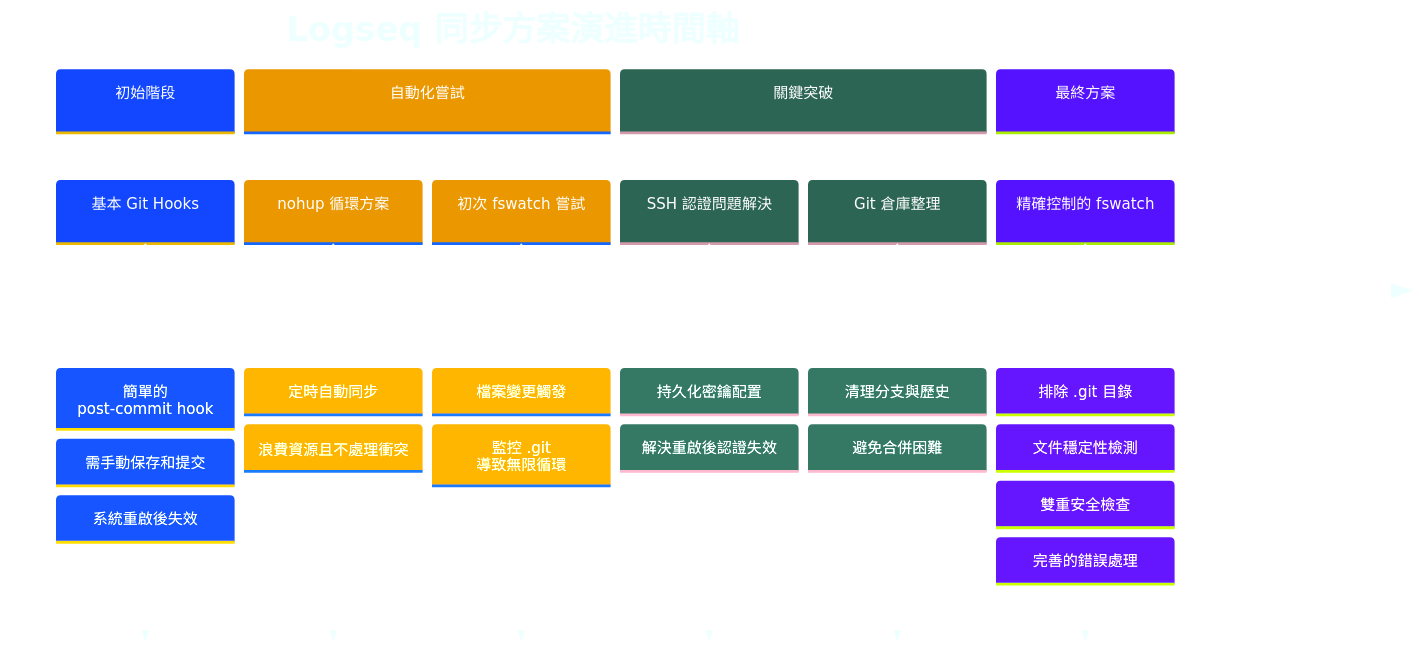
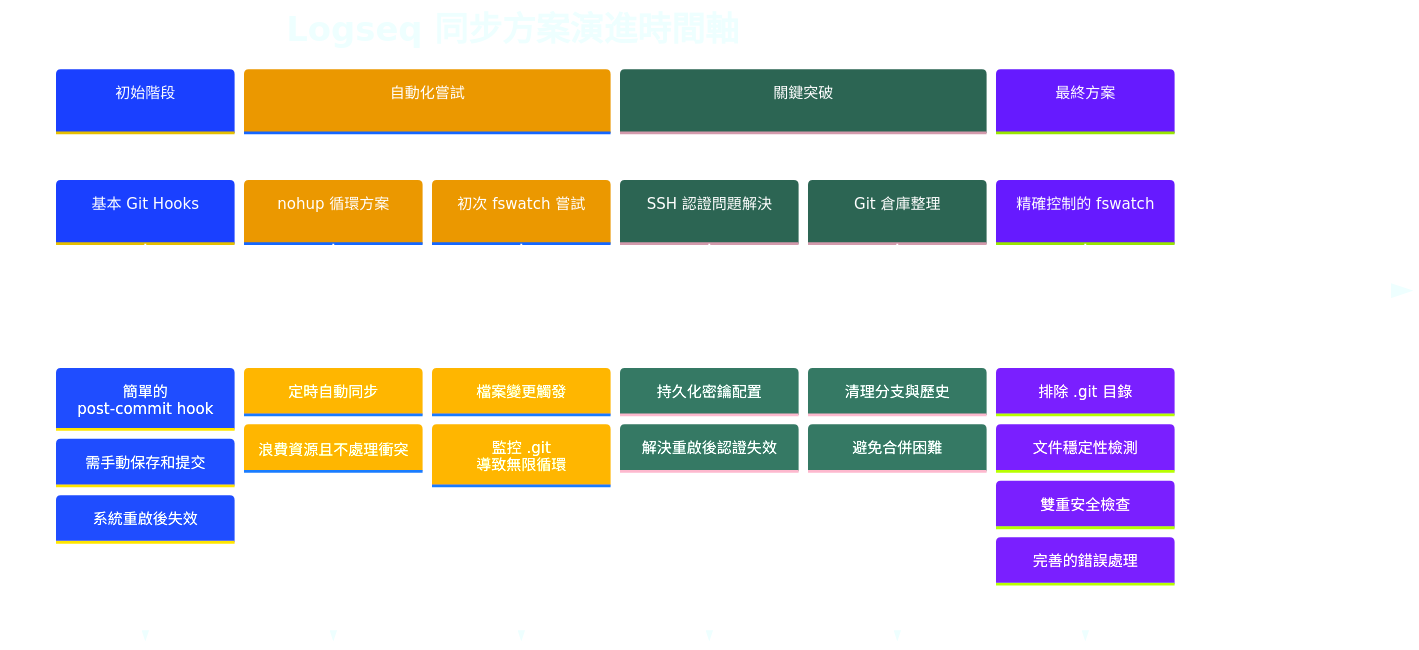
The first of 2 diagrams in Logseq同步方案演進記錄.md (GengGeng026/Sync-Logseq), drawn with Mermaid before and after one commit.

Commit message:
Auto-sync: Wed Mar 26 08:40:54 +08 2025

````diff
--- a/Logseq同步方案演進記錄.md
+++ b/Logseq同步方案演進記錄.md
@@ -27,45 +27,45 @@
 ```mermaid
 %%{init: {
   'theme': 'base', 
   'themeVariables': {
-    'primaryColor': '#92AAFF',
+    'primaryColor': '#99AAFF',
     'secondaryColor': '#FFCB6B',
     'tertiaryColor': '#59B79A',
     'quaternaryColor': '#F07178',
     'primaryTextColor': '#FFFFFF',
     'primaryBorderColor': '#59B79A',
     'lineColor': '#C792EA',
     'background': 'transparent',
     'textColor': '#EEFFFF',
     'nodeBorder': '#59B79A',
     'clusterBkg': 'transparent',
     'titleColor': '#EEFFFF',
     'sectionBkgColor': '#273747',
     'sectionBkgColor2': '#334455',
     'sectionBkgColor3': '#3A4A5A',
     'sectionBkgColor4': '#42546A',
     'sectionBkgColor5': '#4B5E78'
   }
 }}%%
 timeline
     title Logseq 同步方案演進時間軸
     section 初始階段
         基本 Git Hooks : 簡單的 post-commit hook
         : 需手動保存和提交
         : 系統重啟後失效
     section 自動化嘗試
         nohup 循環方案 : 定時自動同步
         : 浪費資源且不處理衝突
         初次 fswatch 嘗試 : 檔案變更觸發
         : 監控 .git 導致無限循環
     section 關鍵突破
         SSH 認證問題解決 : 持久化密鑰配置
         : 解決重啟後認證失效
         Git 倉庫整理 : 清理分支與歷史
         : 避免合併困難
     section 最終方案
         精確控制的 fswatch : 排除 .git 目錄
         : 文件穩定性檢測
         : 雙重安全檢查
         : 完善的錯誤處理
 ```
````
